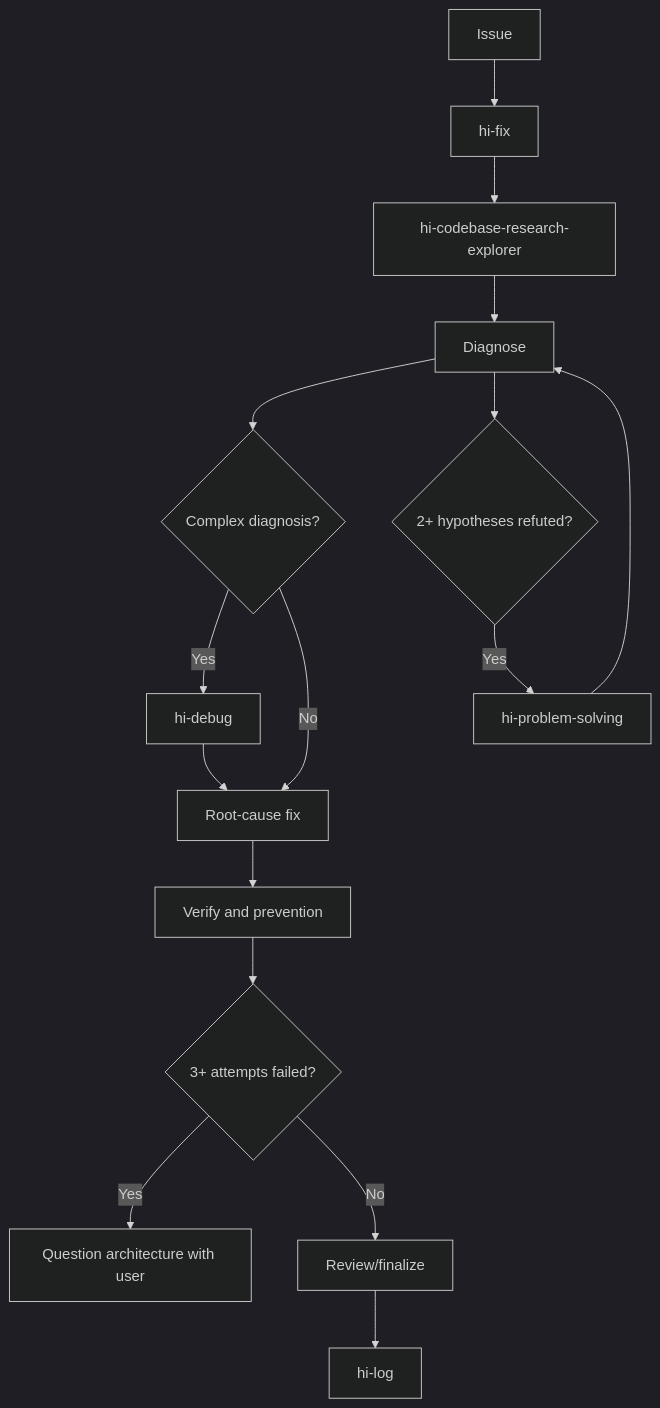
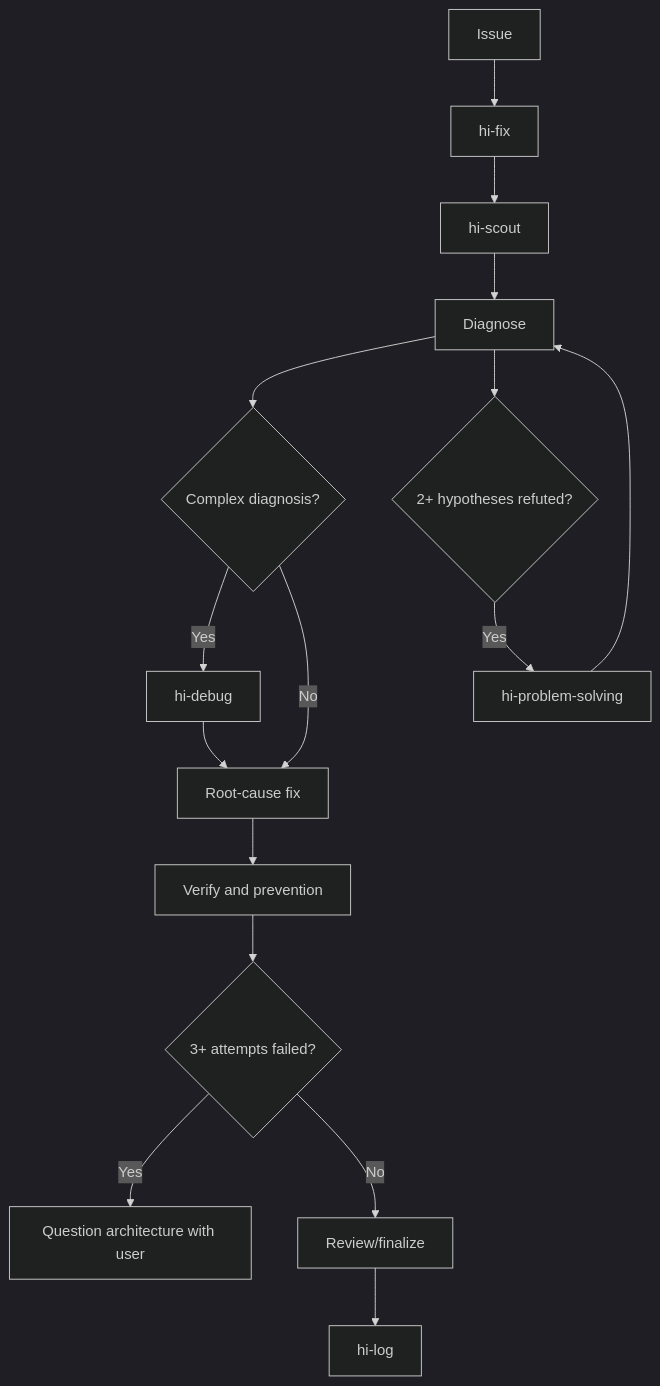
Before and after one commit to baka3k/dev-kit: diagram 11 of 12 in wiki/en/hi-fix-skill.md, drawn with Mermaid (dark theme). The commit also changed other lines of this file and 62 other files, not shown here.

First line of the commit message:
refactor: replace hi-codebase-research-explorer with hi-scout across documentation and workflows

````diff
--- a/wiki/en/hi-fix-skill.md
+++ b/wiki/en/hi-fix-skill.md
@@ -833,18 +833,18 @@
 ```mermaid
 flowchart TD
     A[Issue] --> B[hi-fix]
-    B --> C[hi-codebase-research-explorer]
+    B --> C[hi-scout]
     C --> D[Diagnose]
     D --> E{Complex diagnosis?}
     E -->|Yes| F[hi-debug]
     E -->|No| G[Root-cause fix]
     F --> G
     D --> H{2+ hypotheses refuted?}
     H -->|Yes| I[hi-problem-solving]
     I --> D
     G --> J[Verify and prevention]
     J --> K{3+ attempts failed?}
     K -->|Yes| L[Question architecture with user]
     K -->|No| M[Review/finalize]
     M --> N[hi-log]
 ```
````
